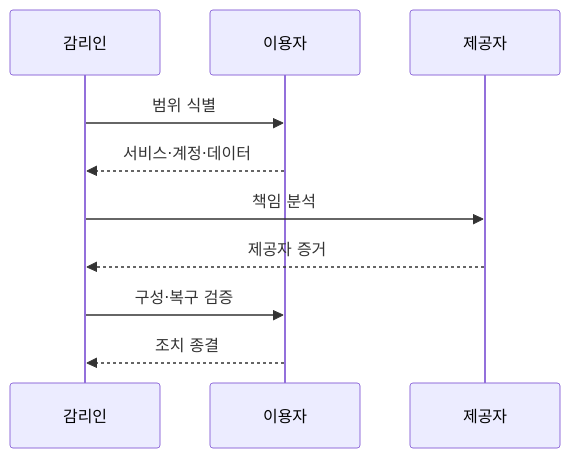
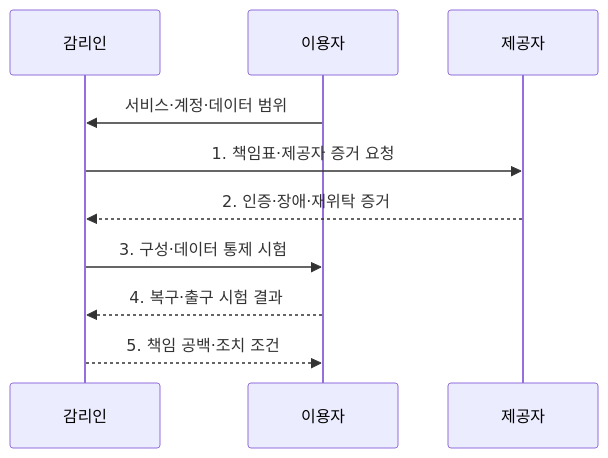
One commit to agnusdei1207/knowledge-base changed the second of 2 diagrams in src/content/docs/notes/06-evaluation/047_cloud_service_audit.md. Above: the diagram before and after it, drawn with Mermaid. The commit also changed other lines of this file and 9 other files, not shown here.

````diff
--- a/src/content/docs/notes/06-evaluation/047_cloud_service_audit.md
+++ b/src/content/docs/notes/06-evaluation/047_cloud_service_audit.md
@@ -84,12 +87,12 @@
 ```mermaid
 sequenceDiagram
     participant A as 감리인
     participant C as 이용자
     participant P as 제공자
-    A->>C: 범위 식별
-    C-->>A: 서비스·계정·데이터
-    A->>P: 책임 분석
-    P-->>A: 제공자 증거
-    A->>C: 구성·복구 검증
-    C-->>A: 조치 종결
+    C->>A: 서비스·계정·데이터 범위
+    A->>P: 1. 책임표·제공자 증거 요청
+    P-->>A: 2. 인증·장애·재위탁 증거
+    A->>C: 3. 구성·데이터 통제 시험
+    C-->>A: 4. 복구·출구 시험 결과
+    A-->>C: 5. 책임 공백·조치 조건
 ```
````
